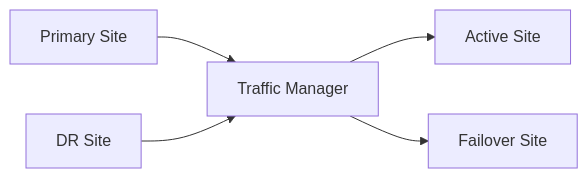
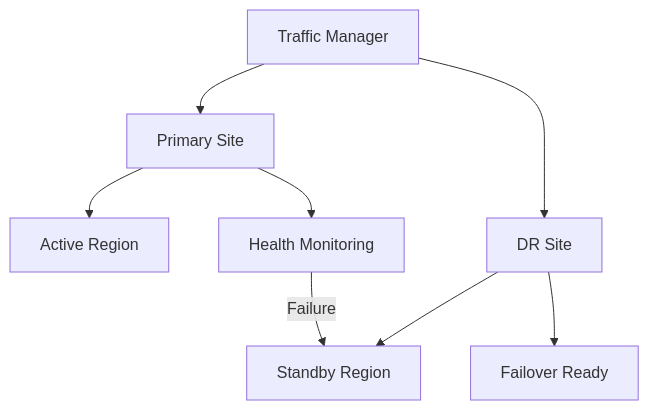
One commit to saravanakumarrc/Architecture_Journey changed the ninth of 14 diagrams in src/azure/az-104/Traffic_Manager.md. Above: the diagram before and after it, drawn with Mermaid. The commit also changed other lines of this file and 6 other files, not shown here.

````diff
--- a/src/azure/az-104/Traffic_Manager.md
+++ b/src/azure/az-104/Traffic_Manager.md
@@ -156,8 +150,13 @@
 ```mermaid
-graph LR
-    A[Primary Site] --> B[Traffic Manager]
-    C[DR Site] --> B
+graph TB
+    A[Traffic Manager] --> B[Primary Site]
+    A --> C[DR Site]
     
-    B --> D[Active Site]
-    B --> E[Failover Site]
+    B --> D[Active Region]
+    B --> E[Health Monitoring]
+    
+    C --> F[Standby Region]
+    C --> G[Failover Ready]
+    
+    E -->|Failure| F
 ```
````
